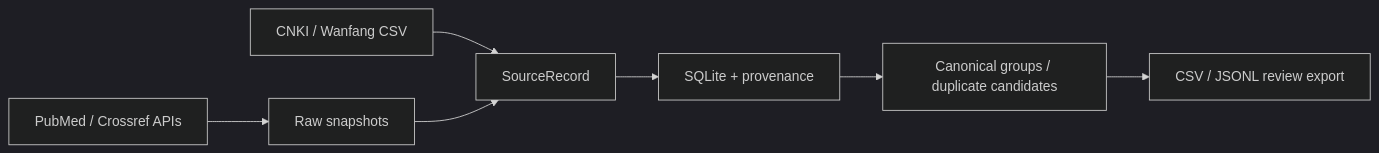
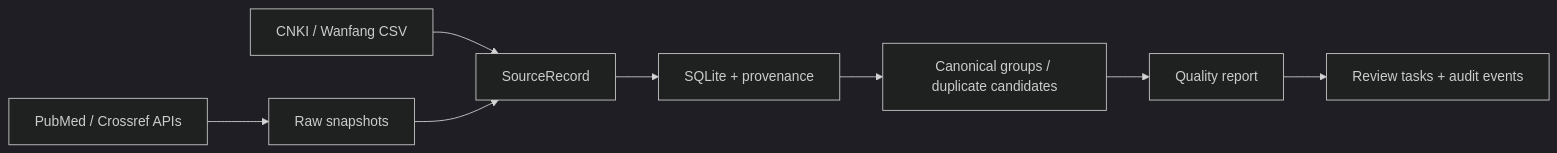
The diagram in README.md (zhhtong/guidelineops-cn), drawn with Mermaid (dark theme) before and after one commit. The commit also changed 2 other files, not shown here.

Commit message:
fix: label review audit timestamps as UTC

````diff
--- a/README.md
+++ b/README.md
@@ -19,9 +19,10 @@
 ```mermaid
 flowchart LR
   A["PubMed / Crossref APIs"] --> B["Raw snapshots"]
   C["CNKI / Wanfang CSV"] --> D["SourceRecord"]
   B --> D
   D --> E["SQLite + provenance"]
   E --> F["Canonical groups / duplicate candidates"]
-  F --> G["CSV / JSONL review export"]
+  F --> G["Quality report"]
+  G --> H["Review tasks + audit events"]
 ```
````
